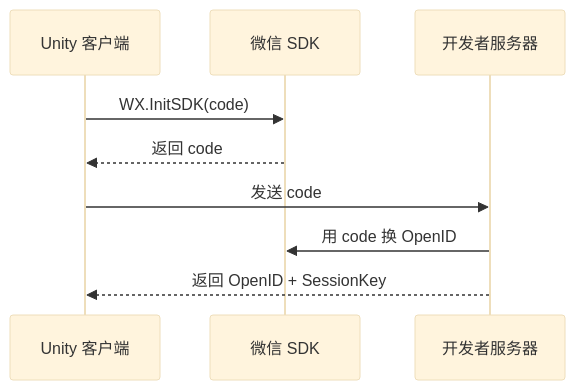
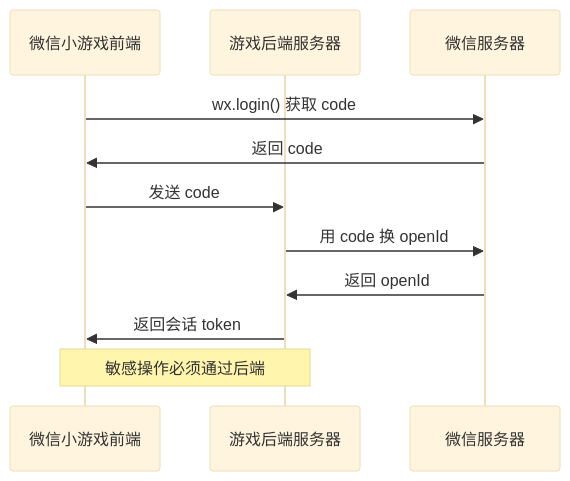
Before and after one commit to xuqi2024/xuqi2024.github.io: the fourth of 5 diagrams in source/_posts/2026-05-26-unity-wechat-game-dev.md, drawn with Mermaid (base theme). The commit also changed other lines of this file, not shown here.

````diff
--- a/source/_posts/2026-05-26-unity-wechat-game-dev.md
+++ b/source/_posts/2026-05-26-unity-wechat-game-dev.md
@@ -110,12 +539,16 @@
 ```mermaid
 sequenceDiagram
-    participant U as Unity 客户端
-    participant WX as 微信 SDK
-    participant S as 开发者服务器
+    participant Game as 微信小游戏前端
+    participant Server as 游戏后端服务器
+    participant WeChat as 微信服务器
     
-    U->>WX: WX.InitSDK(code)
-    WX-->>U: 返回 code
-    U->>S: 发送 code
-    S->>WX: 用 code 换 OpenID
-    S-->>U: 返回 OpenID + SessionKey
+    Game->>WeChat: wx.login() 获取 code
+    WeChat->>Game: 返回 code
+    
+    Game->>Server: 发送 code
+    Server->>WeChat: 用 code 换 openId
+    WeChat->>Server: 返回 openId
+    Server->>Game: 返回会话 token
+    
+    Note over Game,Server: 敏感操作必须通过后端
 ```
````
